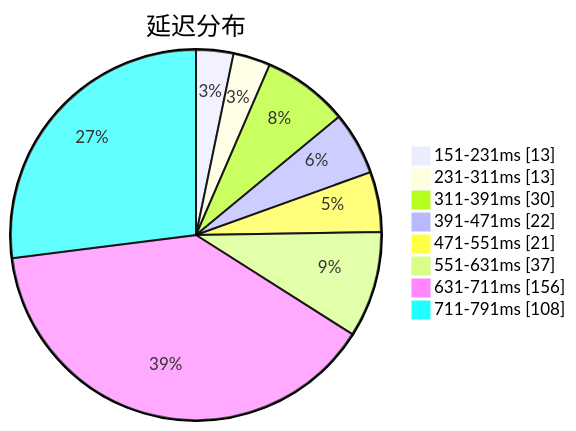
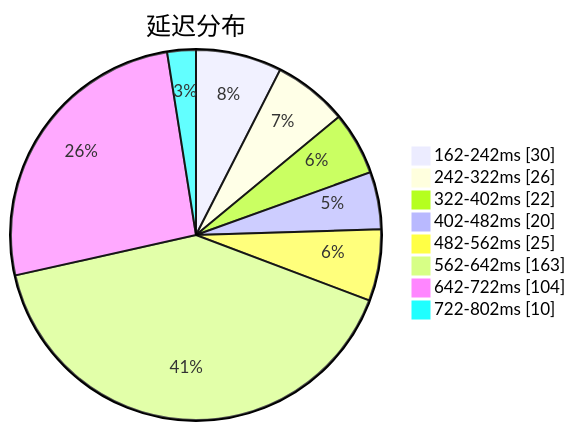
The first of 3 diagrams in subs/statistics/tested_within.md (qjlxg/airport), drawn with Mermaid before and after one commit. The commit also changed other lines of this file and 2 other files, not shown here.

Commit message:
Tested by metaST

````diff
--- a/subs/statistics/tested_within.md
+++ b/subs/statistics/tested_within.md
@@ -2,12 +2,12 @@
 ```mermaid
 pie showData
 title 延迟分布
-"151-231ms" : 13
-"231-311ms" : 13
-"311-391ms" : 30
-"391-471ms" : 22
-"471-551ms" : 21
-"551-631ms" : 37
-"631-711ms" : 156
-"711-791ms" : 108
+"162-242ms" : 30
+"242-322ms" : 26
+"322-402ms" : 22
+"402-482ms" : 20
+"482-562ms" : 25
+"562-642ms" : 163
+"642-722ms" : 104
+"722-802ms" : 10
 ```
````
